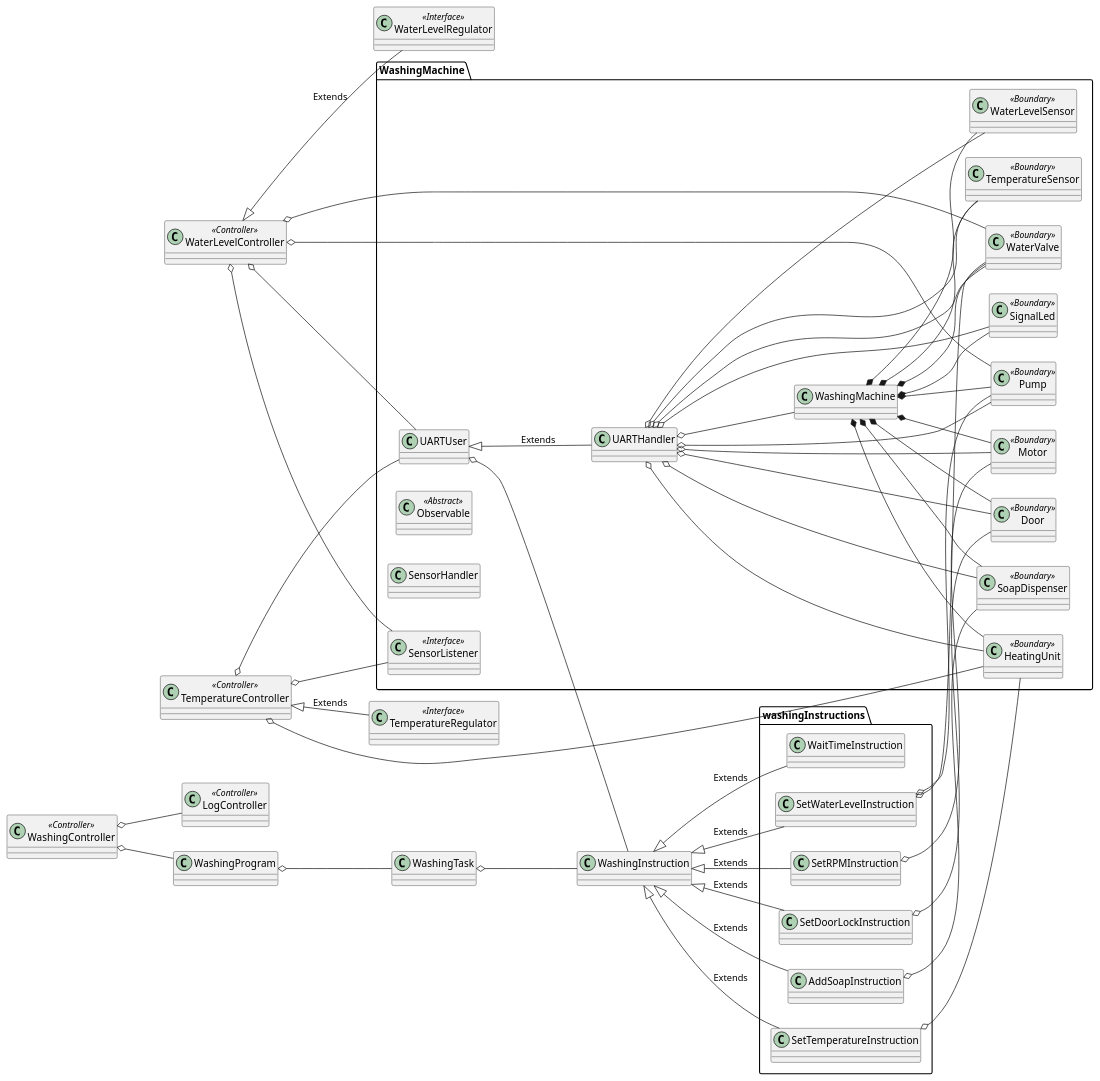
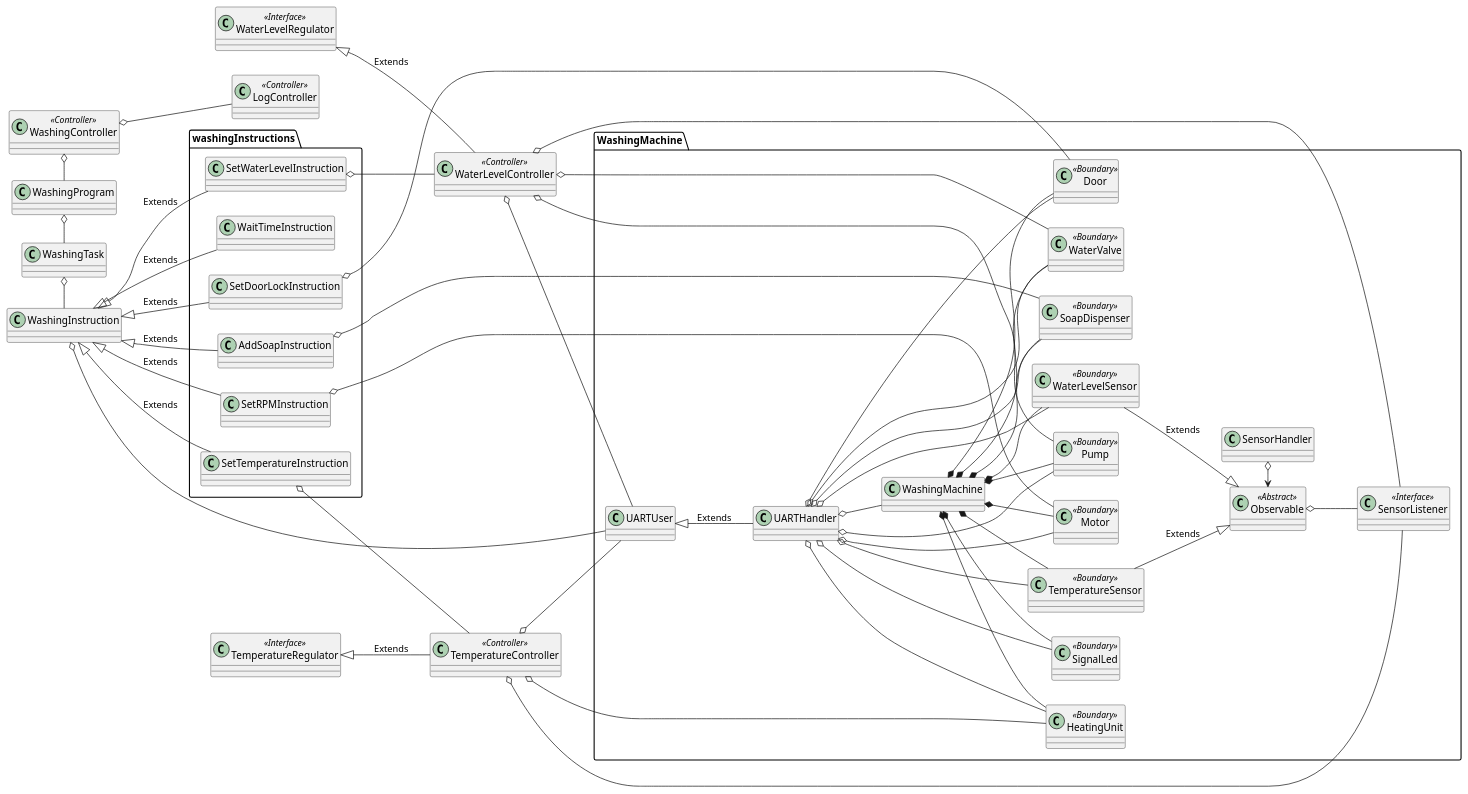
One commit to martijnvandijk/th06 changed the fourth of 4 diagrams in Documentatie/Source/Modellen/klassendiagram.puml. Above: the diagram before and after it, drawn with PlantUML.

Commit message:
made edits to classdiagram

```diff
--- a/Documentatie/Source/Modellen/klassendiagram.puml
+++ b/Documentatie/Source/Modellen/klassendiagram.puml
@@ -209,96 +209,99 @@
 @startuml
 skinparam classAttributeIconSize 0
 left to right direction
 
 package WashingMachine{
     Class UARTHandler
     Class UARTUser
     Class Observable <<Abstract>>
     Class SensorHandler
     Class SensorListener <<Interface>>
     Class SignalLed <<Boundary>>
     Class SoapDispenser <<Boundary>>
     Class WaterValve <<Boundary>>
     Class Door <<Boundary>>
     Class HeatingUnit <<Boundary>>
     Class Motor <<Boundary>>
     Class Pump <<Boundary>>
     Class TemperatureSensor <<Boundary>>
     Class WaterLevelSensor <<Boundary>>
     Class WashingMachine
 
     UARTUser <|-- UARTHandler : Extends
     WashingMachine *-- SignalLed
     WashingMachine *-- SoapDispenser
     WashingMachine *-- WaterValve
     WashingMachine *-- Door
     WashingMachine *-- HeatingUnit
     WashingMachine *-- Motor
     WashingMachine *-- Pump
     WashingMachine *-- TemperatureSensor
     WashingMachine *-- WaterLevelSensor
 
-    'listener pattern here'
+	Observable <-o SensorHandler
+	Observable o-- SensorListener
+
+	WaterLevelSensor --|> Observable : Extends
+	TemperatureSensor --|> Observable : Extends
 
     UARTHandler o-- WashingMachine
     UARTHandler o-- SignalLed
     UARTHandler o-- SoapDispenser
     UARTHandler o-- WaterValve
     UARTHandler o-- Door
     UARTHandler o-- HeatingUnit
     UARTHandler o-- Motor
     UARTHandler o-- Pump
     UARTHandler o-- TemperatureSensor
     UARTHandler o-- WaterLevelSensor
 }
 
 package washingInstructions{
     Class AddSoapInstruction
     Class SetDoorLockInstruction
     Class SetRPMInstruction
     Class SetTemperatureInstruction
     Class SetWaterLevelInstruction
     Class WaitTimeInstruction
 }
     Class WashingInstruction
     Class LogController<<Controller>>
     Class TemperatureRegulator<<Interface>>
     Class WashingController<<Controller>>
     Class WashingProgram
     Class WashingTask
     Class WaterLevelController<<Controller>>
     Class WaterLevelRegulator<<Interface>>
     Class TemperatureController<<Controller>>
 
     WaterLevelController o-- Pump
     WaterLevelController o-- WaterValve
     WaterLevelController o-- SensorListener
     WaterLevelController o-- UARTUser
-    WaterLevelController <|-- WaterLevelRegulator : Extends
+    WaterLevelRegulator <|-- WaterLevelController : Extends
 
     TemperatureController o-- HeatingUnit
     TemperatureController o-- SensorListener
     TemperatureController o-- UARTUser
-    TemperatureController <|-- TemperatureRegulator : Extends
+    TemperatureRegulator <|-- TemperatureController : Extends
 
-    UARTUser o-- WashingInstruction
-    WashingProgram o-- WashingTask
-    WashingTask o-- WashingInstruction
-    WashingController o-- WashingProgram
+    UARTUser --o WashingInstruction
+    WashingProgram o- WashingTask
+    WashingTask o- WashingInstruction
+    WashingController o- WashingProgram
     WashingController o-- LogController
 
     WashingInstruction <|-- AddSoapInstruction :Extends
     WashingInstruction <|-- SetDoorLockInstruction :Extends
     WashingInstruction <|-- SetRPMInstruction :Extends
     WashingInstruction <|-- SetTemperatureInstruction :Extends
     WashingInstruction <|-- SetWaterLevelInstruction :Extends
     WashingInstruction <|-- WaitTimeInstruction :Extends
 
     AddSoapInstruction o-- SoapDispenser
     SetDoorLockInstruction o-- Door
     SetRPMInstruction o-- Motor
-    SetTemperatureInstruction o-- HeatingUnit
-    SetWaterLevelInstruction o-- Pump
-    SetWaterLevelInstruction o-- WaterValve
+    SetTemperatureInstruction o-- TemperatureController
+    SetWaterLevelInstruction o-- WaterLevelController
 
 @enduml
```
